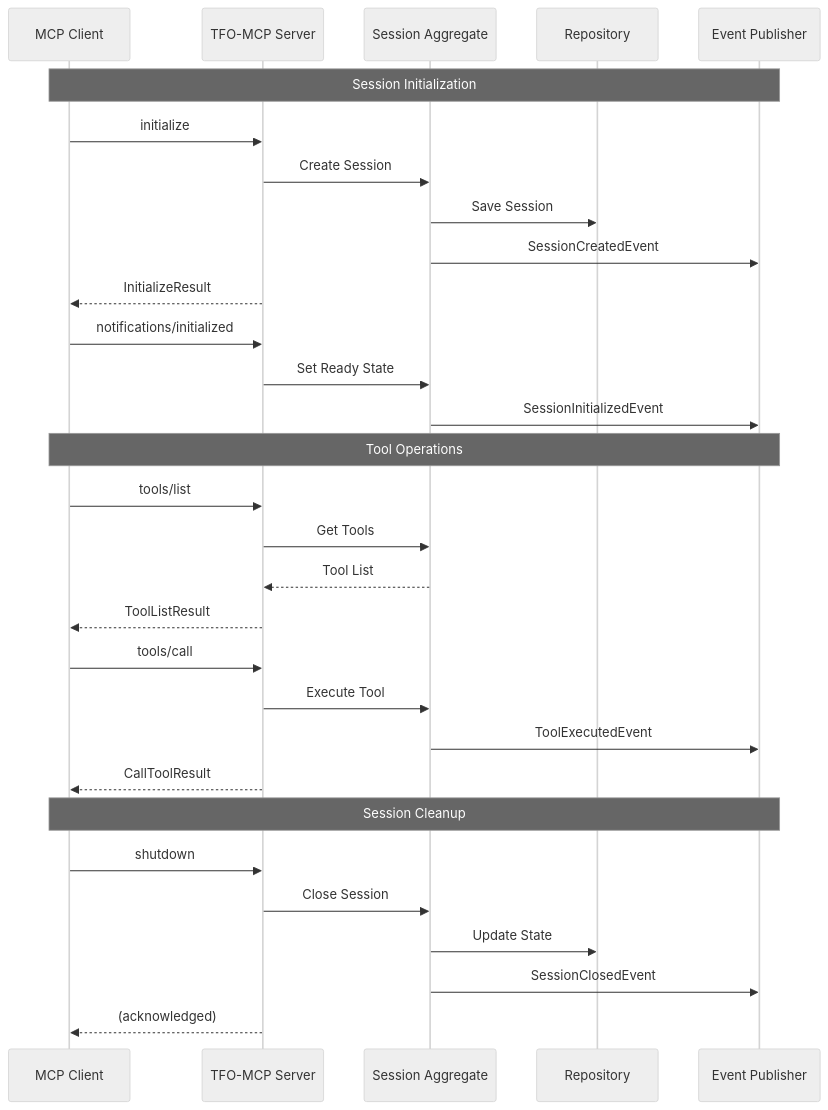
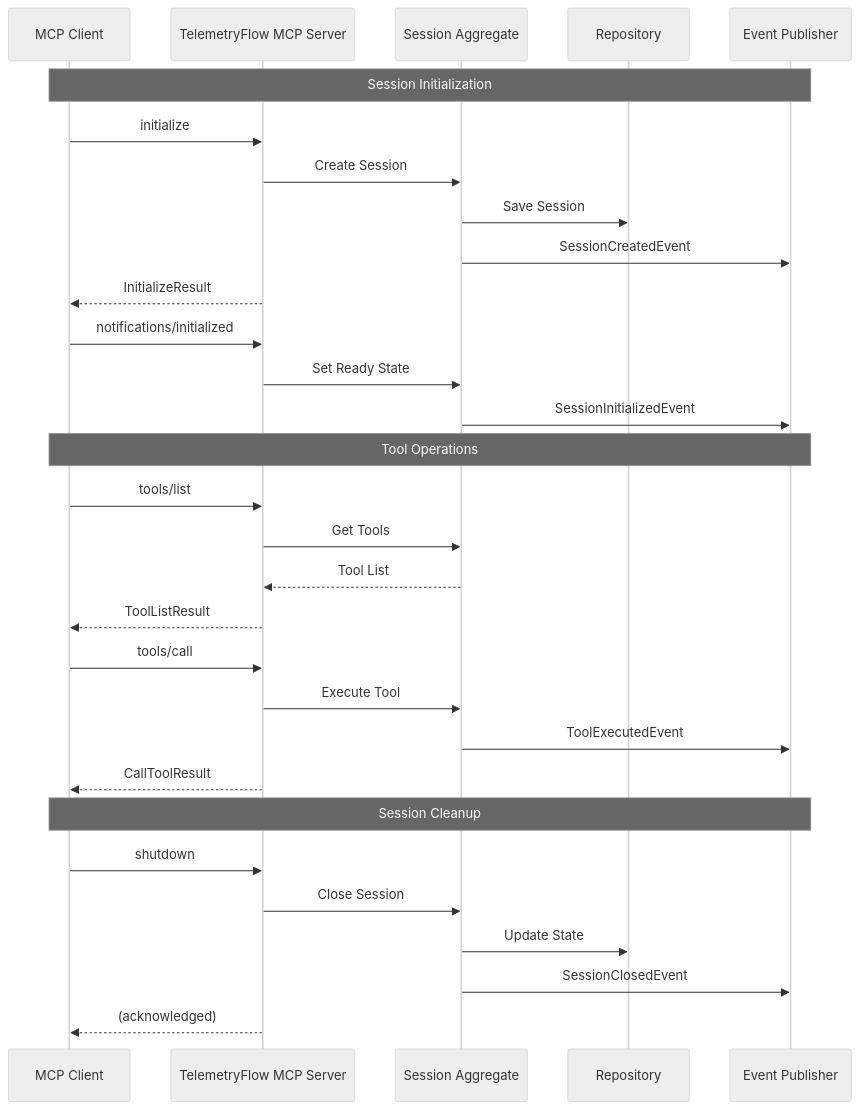
Before and after one commit to telemetryflow/telemetryflow-go-mcp: diagram 12 of 15 in docs/DFD.md, drawn with Mermaid (neutral theme). The commit also changed other lines of this file and 65 other files, not shown here.

````diff
--- a/docs/DFD.md
+++ b/docs/DFD.md
@@ -426,40 +426,40 @@
 ```mermaid
 sequenceDiagram
     participant Client as MCP Client
-    participant Server as TFO-MCP Server
+    participant Server as TelemetryFlow MCP Server
     participant Session as Session Aggregate
     participant Repo as Repository
     participant Events as Event Publisher
 
     Note over Client,Events: Session Initialization
 
     Client->>Server: initialize
     Server->>Session: Create Session
     Session->>Repo: Save Session
     Session->>Events: SessionCreatedEvent
     Server-->>Client: InitializeResult
 
     Client->>Server: notifications/initialized
     Server->>Session: Set Ready State
     Session->>Events: SessionInitializedEvent
 
     Note over Client,Events: Tool Operations
 
     Client->>Server: tools/list
     Server->>Session: Get Tools
     Session-->>Server: Tool List
     Server-->>Client: ToolListResult
 
     Client->>Server: tools/call
     Server->>Session: Execute Tool
     Session->>Events: ToolExecutedEvent
     Server-->>Client: CallToolResult
 
     Note over Client,Events: Session Cleanup
 
     Client->>Server: shutdown
     Server->>Session: Close Session
     Session->>Repo: Update State
     Session->>Events: SessionClosedEvent
     Server-->>Client: (acknowledged)
 ```
````
